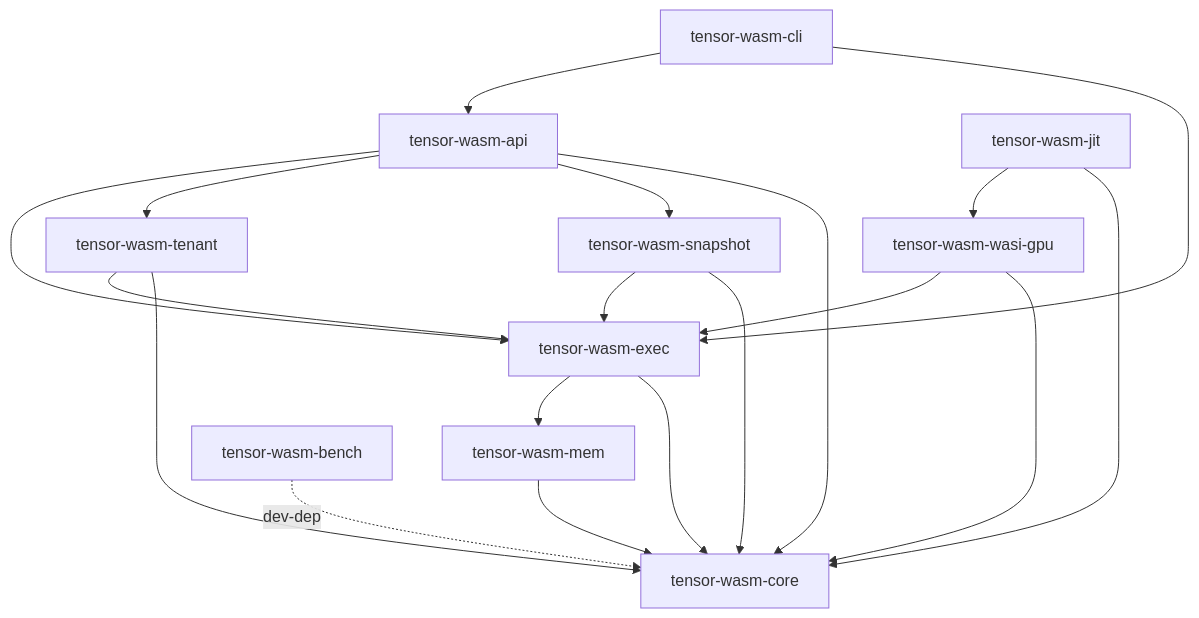
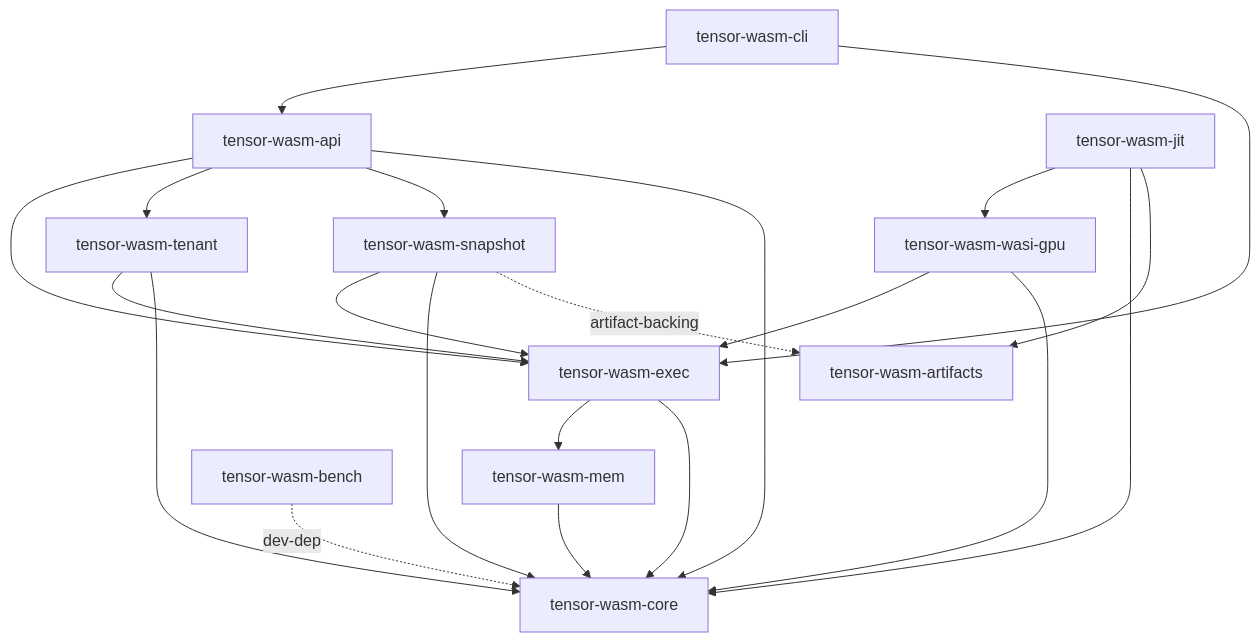
Before and after one commit to craton-co/craton-tensor-wasm: the diagram in ARCHITECTURE.md, drawn with Mermaid. The commit also changed other lines of this file and 13 other files, not shown here.

````diff
--- a/ARCHITECTURE.md
+++ b/ARCHITECTURE.md
@@ -50,21 +51,23 @@
 ```mermaid
 graph TD
   cli[tensor-wasm-cli] --> api[tensor-wasm-api]
   cli --> exec[tensor-wasm-exec]
   api --> exec
   api --> tenant[tensor-wasm-tenant]
   api --> snap[tensor-wasm-snapshot]
   snap --> exec
   tenant --> exec
   jit[tensor-wasm-jit] --> wgpu[tensor-wasm-wasi-gpu]
   wgpu --> exec
   exec --> mem[tensor-wasm-mem]
   mem --> core[tensor-wasm-core]
   exec --> core
   wgpu --> core
   jit --> core
   snap --> core
   tenant --> core
   api --> core
+  jit --> art[tensor-wasm-artifacts]
+  snap -.artifact-backing.-> art
   bench[tensor-wasm-bench] -.dev-dep.-> core
 ```
````
